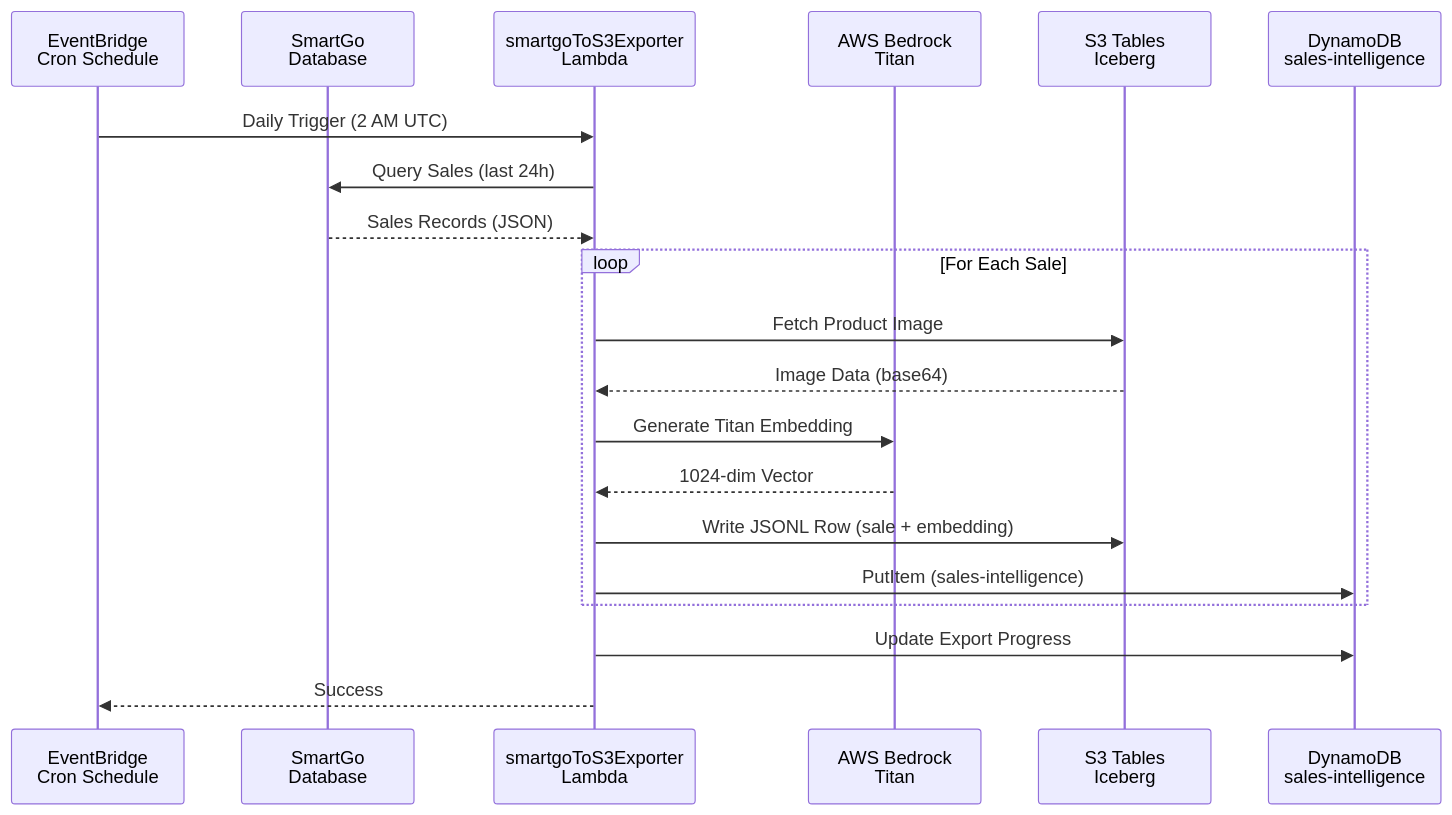
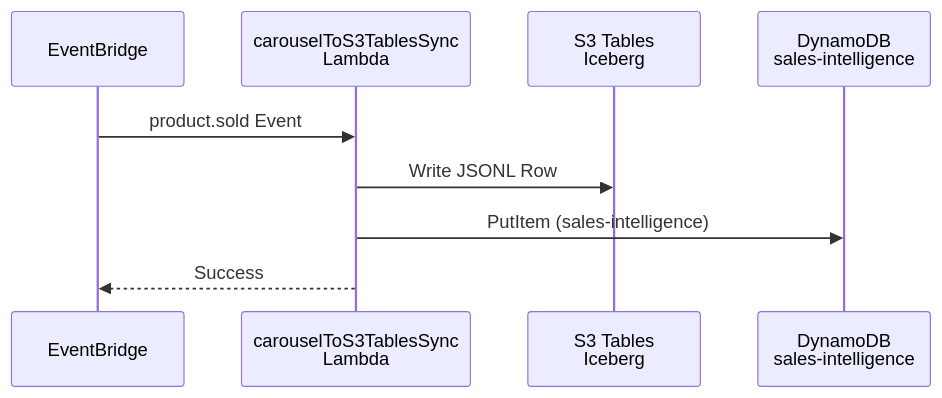
The second of 4 diagrams in SYSTEM_ARCHITECTURE.md (hringekjan/bg-remover), drawn with Mermaid before and after one commit. The commit also changed other lines of this file and 209 other files, not shown here.

````diff
--- a/SYSTEM_ARCHITECTURE.md
+++ b/SYSTEM_ARCHITECTURE.md
@@ -70,25 +63,12 @@
 ```mermaid
 sequenceDiagram
-    participant Scheduler as EventBridge<br/>Cron Schedule
-    participant SmartGo as SmartGo<br/>Database
-    participant Exporter as smartgoToS3Exporter<br/>Lambda
-    participant Bedrock as AWS Bedrock<br/>Titan
+    participant EB as EventBridge
+    participant Sync as carouselToS3TablesSync<br/>Lambda
     participant S3 as S3 Tables<br/>Iceberg
     participant DDB as DynamoDB<br/>sales-intelligence
 
-    Scheduler->>Exporter: Daily Trigger (2 AM UTC)
-    Exporter->>SmartGo: Query Sales (last 24h)
-    SmartGo-->>Exporter: Sales Records (JSON)
-
-    loop For Each Sale
-        Exporter->>S3: Fetch Product Image
-        S3-->>Exporter: Image Data (base64)
-        Exporter->>Bedrock: Generate Titan Embedding
-        Bedrock-->>Exporter: 1024-dim Vector
-        Exporter->>S3: Write JSONL Row (sale + embedding)
-        Exporter->>DDB: PutItem (sales-intelligence)
-    end
-
-    Exporter->>DDB: Update Export Progress
-    Exporter-->>Scheduler: Success
+    EB->>Sync: product.sold Event
+    Sync->>S3: Write JSONL Row
+    Sync->>DDB: PutItem (sales-intelligence)
+    Sync-->>EB: Success
 ```
````
